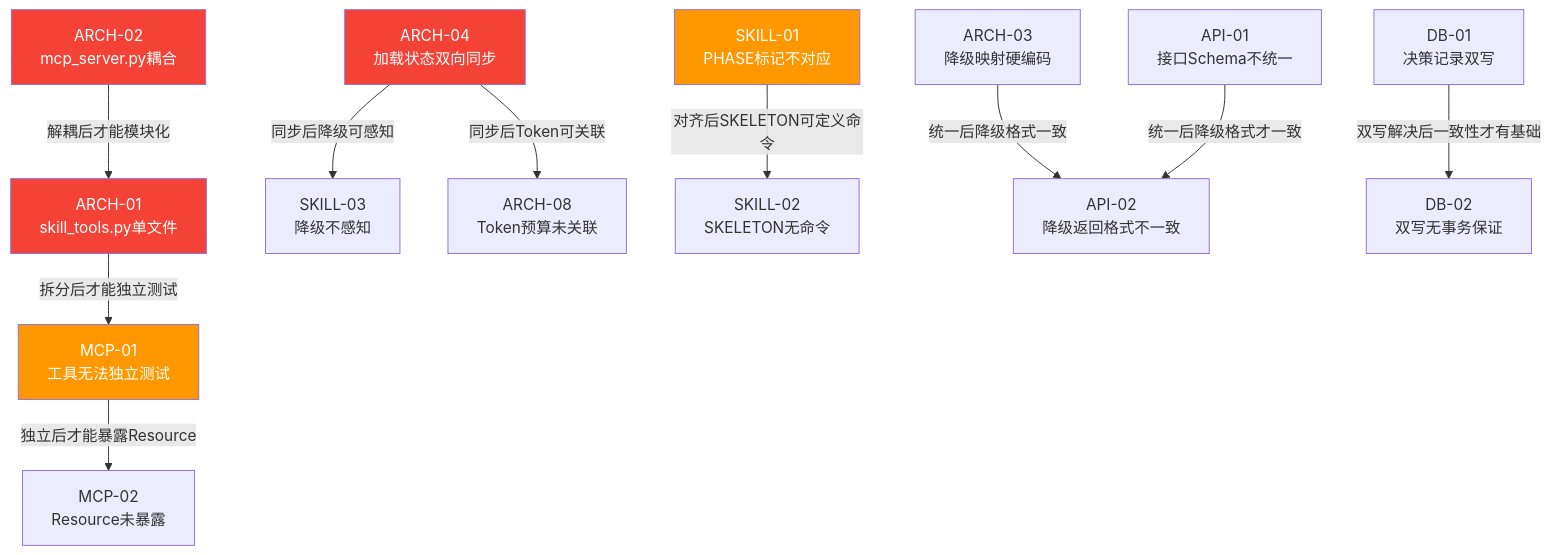
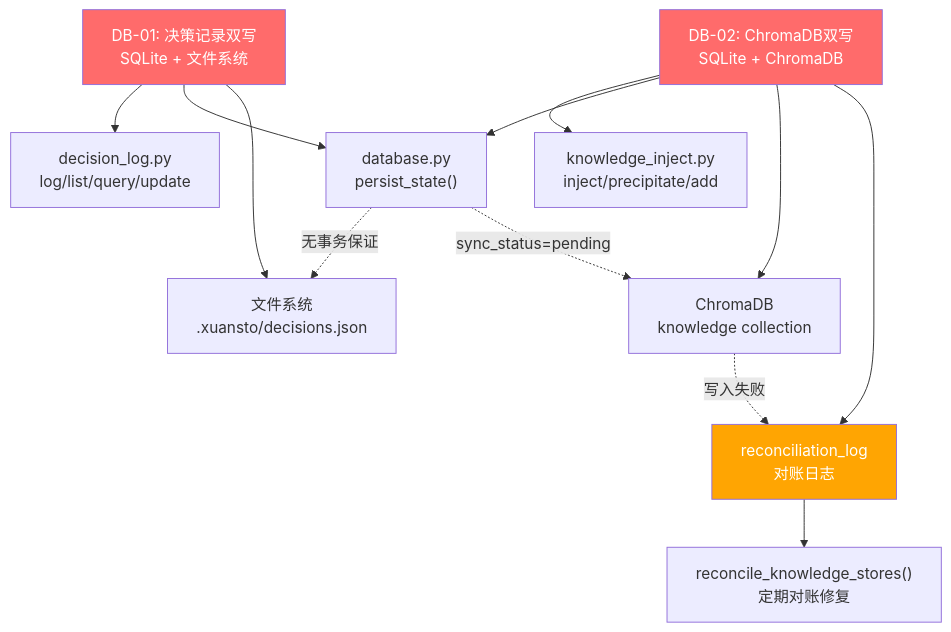
One commit to xuanyuanchumo/xuansto changed the second of 14 diagrams in docs/plan/REFACTOR_PLAN.md. Above: the diagram before and after it, drawn with Mermaid. The commit also changed other lines of this file and 139 other files, not shown here.

````diff
--- a/docs/plan/REFACTOR_PLAN.md
+++ b/docs/plan/REFACTOR_PLAN.md
@@ -180,33 +168,24 @@
 ```mermaid
-flowchart TD
-    ARCH01["ARCH-01<br/>skill_tools.py单文件"]
-    ARCH02["ARCH-02<br/>mcp_server.py耦合"]
-    ARCH03["ARCH-03<br/>降级映射硬编码"]
-    ARCH04["ARCH-04<br/>加载状态双向同步"]
-    ARCH08["ARCH-08<br/>Token预算未关联"]
-    SKILL01["SKILL-01<br/>PHASE标记不对应"]
-    SKILL02["SKILL-02<br/>SKELETON无命令"]
-    SKILL03["SKILL-03<br/>降级不感知"]
-    MCP01["MCP-01<br/>工具无法独立测试"]
-    MCP02["MCP-02<br/>Resource未暴露"]
-    API01["API-01<br/>接口Schema不统一"]
-    API02["API-02<br/>降级返回格式不一致"]
-    DB01["DB-01<br/>决策记录双写"]
-    DB02["DB-02<br/>双写无事务保证"]
+graph TD
+    DB01["DB-01: 决策记录双写<br/>SQLite + 文件系统"]
+    DB02["DB-02: ChromaDB双写<br/>SQLite + ChromaDB"]
 
-    ARCH01 -->|"拆分后才能独立测试"| MCP01
-    ARCH02 -->|"解耦后才能模块化"| ARCH01
-    ARCH03 -->|"统一后降级格式一致"| API02
-    ARCH04 -->|"同步后降级可感知"| SKILL03
-    ARCH04 -->|"同步后Token可关联"| ARCH08
-    SKILL01 -->|"对齐后SKELETON可定义命令"| SKILL02
-    MCP01 -->|"独立后才能暴露Resource"| MCP02
-    API01 -->|"统一后降级格式才一致"| API02
-    DB01 -->|"双写解决后一致性才有基础"| DB02
+    DB01 --> DECISION["decision_log.py<br/>log/list/query/update"]
+    DB01 --> DB["database.py<br/>persist_state()"]
+    DB01 --> FS1["文件系统<br/>.xuansto/decisions.json"]
 
-    style ARCH01 fill:#F44336,color:#fff
-    style ARCH02 fill:#F44336,color:#fff
-    style ARCH04 fill:#F44336,color:#fff
-    style SKILL01 fill:#FF9800,color:#fff
-    style MCP01 fill:#FF9800,color:#fff
+    DB02 --> INJECT["knowledge_inject.py<br/>inject/precipitate/add"]
+    DB02 --> DB
+    DB02 --> CHROMA["ChromaDB<br/>knowledge collection"]
+    DB02 --> RECON["reconciliation_log<br/>对账日志"]
+
+    DB -.->|"无事务保证"| FS1
+    DB -.->|"sync_status=pending"| CHROMA
+    CHROMA -.->|"写入失败"| RECON
+
+    RECON --> CLEANUP["reconcile_knowledge_stores()<br/>定期对账修复"]
+
+    style DB01 fill:#ff6b6b,color:#fff
+    style DB02 fill:#ff6b6b,color:#fff
+    style RECON fill:#ffa502,color:#fff
 ```
````
